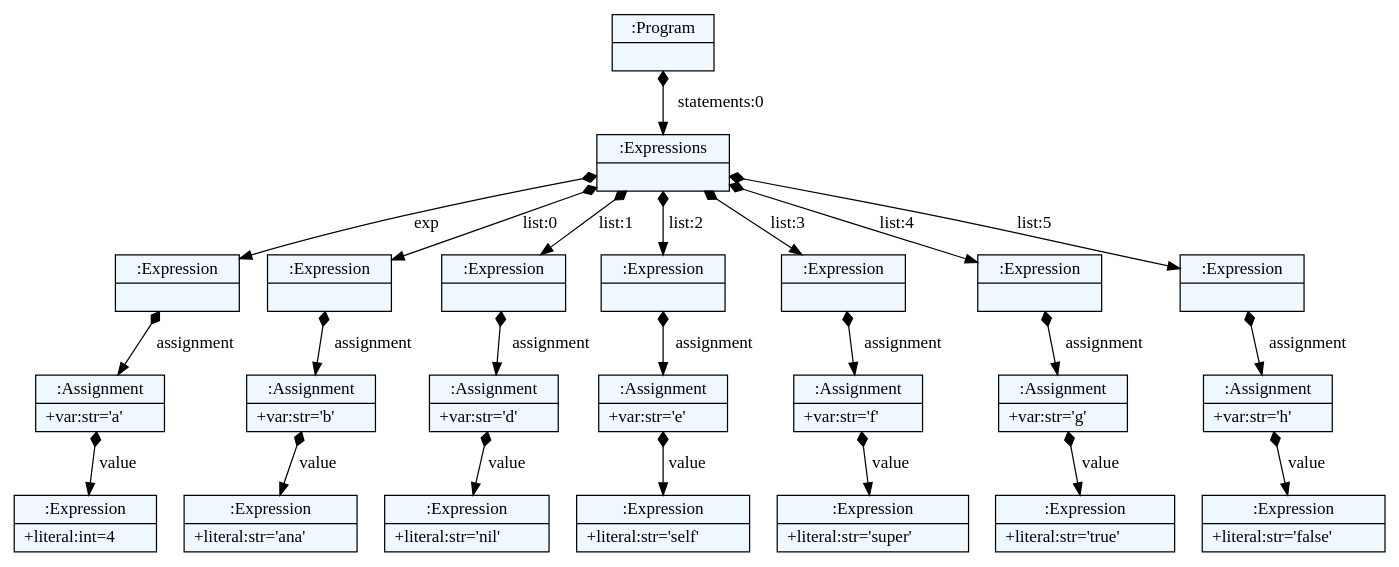
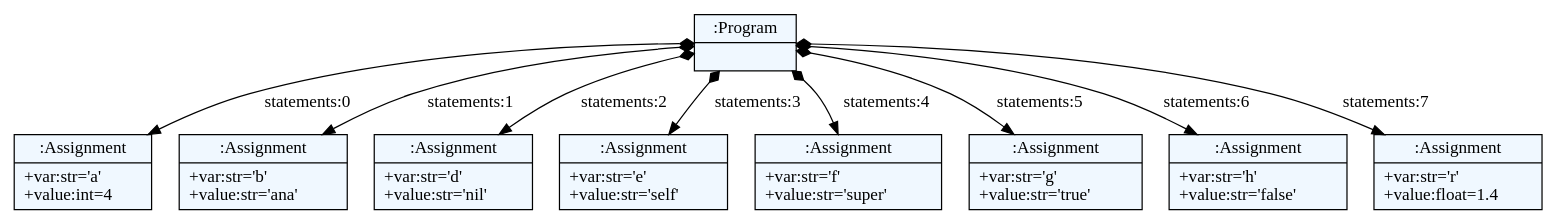
One commit to spcnz/smalltalk-parser changed the diagram in parser/dot/assignment_without_msg.dot. Above: the diagram before and after it, drawn with Graphviz. The commit also changed 6093 other files, not shown here.

```diff
--- a/parser/dot/assignment_without_msg.dot
+++ b/parser/dot/assignment_without_msg.dot
@@ -1,60 +1,32 @@
 
     digraph textX {
     fontname = "Bitstream Vera Sans"
     fontsize = 8
     node[
         shape=record,
         style=filled,
         fillcolor=aliceblue
     ]
     nodesep = 0.3
     edge[dir=black,arrowtail=empty]
 
 
-2686601837648 -> 2686601837984 [label="statements:0" arrowtail=diamond dir=both]
-2686601837984 -> 2686601838432 [label="exp" arrowtail=diamond dir=both]
-2686601838432 -> 2686601836920 [label="assignment" arrowtail=diamond dir=both]
-2686601836920 -> 2686601837088 [label="value" arrowtail=diamond dir=both]
-2686601837088[label="{:Expression|+literal:int=4\l}"]
-2686601836920[label="{:Assignment|+var:str='a'\l}"]
-2686601838432[label="{:Expression|}"]
-2686601837984 -> 2686601837928 [label="list:0" arrowtail=diamond dir=both]
-2686601837928 -> 2686601838488 [label="assignment" arrowtail=diamond dir=both]
-2686601838488 -> 2686601836640 [label="value" arrowtail=diamond dir=both]
-2686601836640[label="{:Expression|+literal:str='ana'\l}"]
-2686601838488[label="{:Assignment|+var:str='b'\l}"]
-2686601837928[label="{:Expression|}"]
-2686601837984 -> 2686601837368 [label="list:1" arrowtail=diamond dir=both]
-2686601837368 -> 2686601837144 [label="assignment" arrowtail=diamond dir=both]
-2686601837144 -> 2686601836864 [label="value" arrowtail=diamond dir=both]
-2686601836864[label="{:Expression|+literal:str='nil'\l}"]
-2686601837144[label="{:Assignment|+var:str='d'\l}"]
-2686601837368[label="{:Expression|}"]
-2686601837984 -> 2686601837536 [label="list:2" arrowtail=diamond dir=both]
-2686601837536 -> 2686601836976 [label="assignment" arrowtail=diamond dir=both]
-2686601836976 -> 2686601838320 [label="value" arrowtail=diamond dir=both]
-2686601838320[label="{:Expression|+literal:str='self'\l}"]
-2686601836976[label="{:Assignment|+var:str='e'\l}"]
-2686601837536[label="{:Expression|}"]
-2686601837984 -> 2686601836584 [label="list:3" arrowtail=diamond dir=both]
-2686601836584 -> 2686601838544 [label="assignment" arrowtail=diamond dir=both]
-2686601838544 -> 2686601837592 [label="value" arrowtail=diamond dir=both]
-2686601837592[label="{:Expression|+literal:str='super'\l}"]
-2686601838544[label="{:Assignment|+var:str='f'\l}"]
-2686601836584[label="{:Expression|}"]
-2686601837984 -> 2686601838376 [label="list:4" arrowtail=diamond dir=both]
-2686601838376 -> 2686601836752 [label="assignment" arrowtail=diamond dir=both]
-2686601836752 -> 2686620960472 [label="value" arrowtail=diamond dir=both]
-2686620960472[label="{:Expression|+literal:str='true'\l}"]
-2686601836752[label="{:Assignment|+var:str='g'\l}"]
-2686601838376[label="{:Expression|}"]
-2686601837984 -> 2686601836808 [label="list:5" arrowtail=diamond dir=both]
-2686601836808 -> 2686620961704 [label="assignment" arrowtail=diamond dir=both]
-2686620961704 -> 2686592811752 [label="value" arrowtail=diamond dir=both]
-2686592811752[label="{:Expression|+literal:str='false'\l}"]
-2686620961704[label="{:Assignment|+var:str='h'\l}"]
-2686601836808[label="{:Expression|}"]
-2686601837984[label="{:Expressions|}"]
-2686601837648[label="{:Program|}"]
+2614532285384 -> 2614532285496 [label="statements:0" arrowtail=diamond dir=both]
+2614532285496[label="{:Assignment|+var:str='a'\l+value:int=4\l}"]
+2614532285384 -> 2614585674776 [label="statements:1" arrowtail=diamond dir=both]
+2614585674776[label="{:Assignment|+var:str='b'\l+value:str='ana'\l}"]
+2614532285384 -> 2614532551624 [label="statements:2" arrowtail=diamond dir=both]
+2614532551624[label="{:Assignment|+var:str='d'\l+value:str='nil'\l}"]
+2614532285384 -> 2614532551848 [label="statements:3" arrowtail=diamond dir=both]
+2614532551848[label="{:Assignment|+var:str='e'\l+value:str='self'\l}"]
+2614532285384 -> 2614532552968 [label="statements:4" arrowtail=diamond dir=both]
+2614532552968[label="{:Assignment|+var:str='f'\l+value:str='super'\l}"]
+2614532285384 -> 2614586395896 [label="statements:5" arrowtail=diamond dir=both]
+2614586395896[label="{:Assignment|+var:str='g'\l+value:str='true'\l}"]
+2614532285384 -> 2614586395952 [label="statements:6" arrowtail=diamond dir=both]
+2614586395952[label="{:Assignment|+var:str='h'\l+value:str='false'\l}"]
+2614532285384 -> 2614586396008 [label="statements:7" arrowtail=diamond dir=both]
+2614586396008[label="{:Assignment|+var:str='r'\l+value:float=1.4\l}"]
+2614532285384[label="{:Program|}"]
 
 }
```
